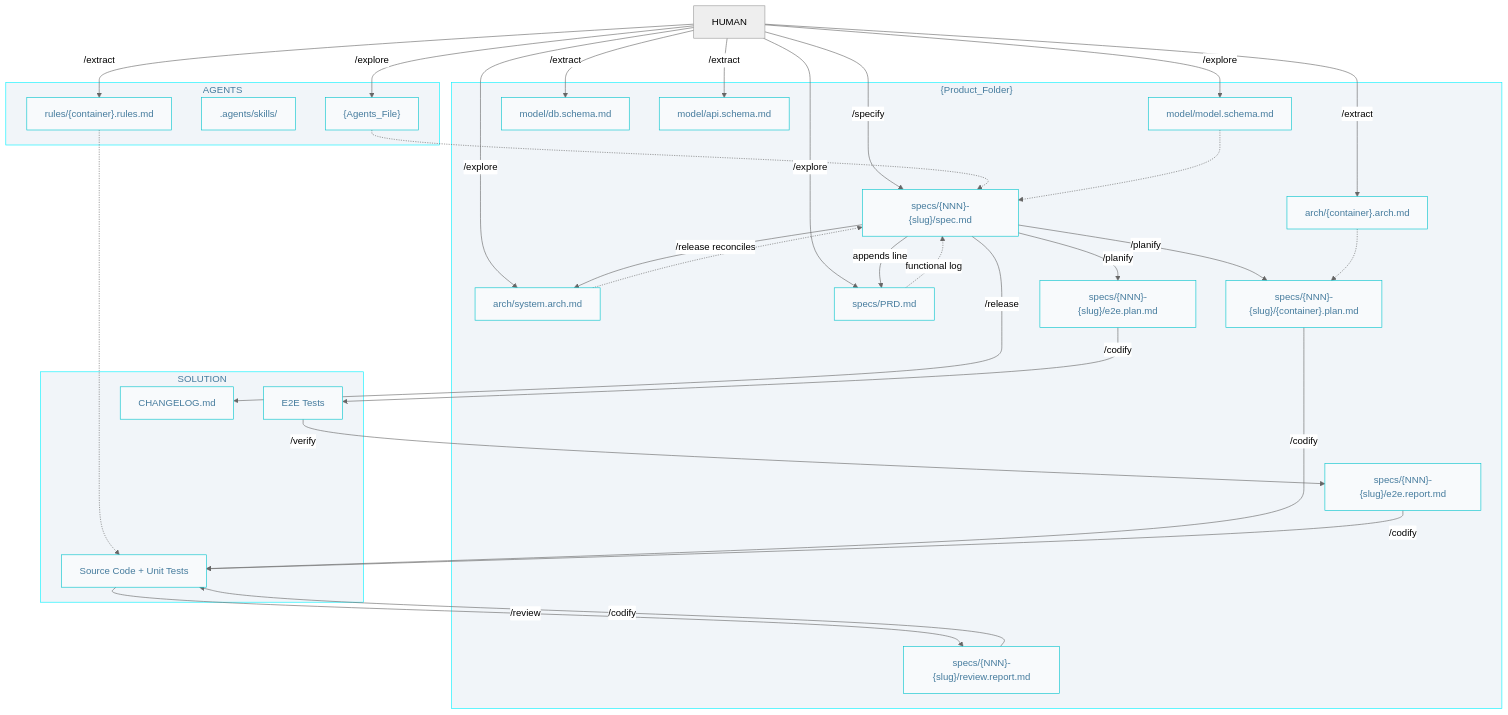
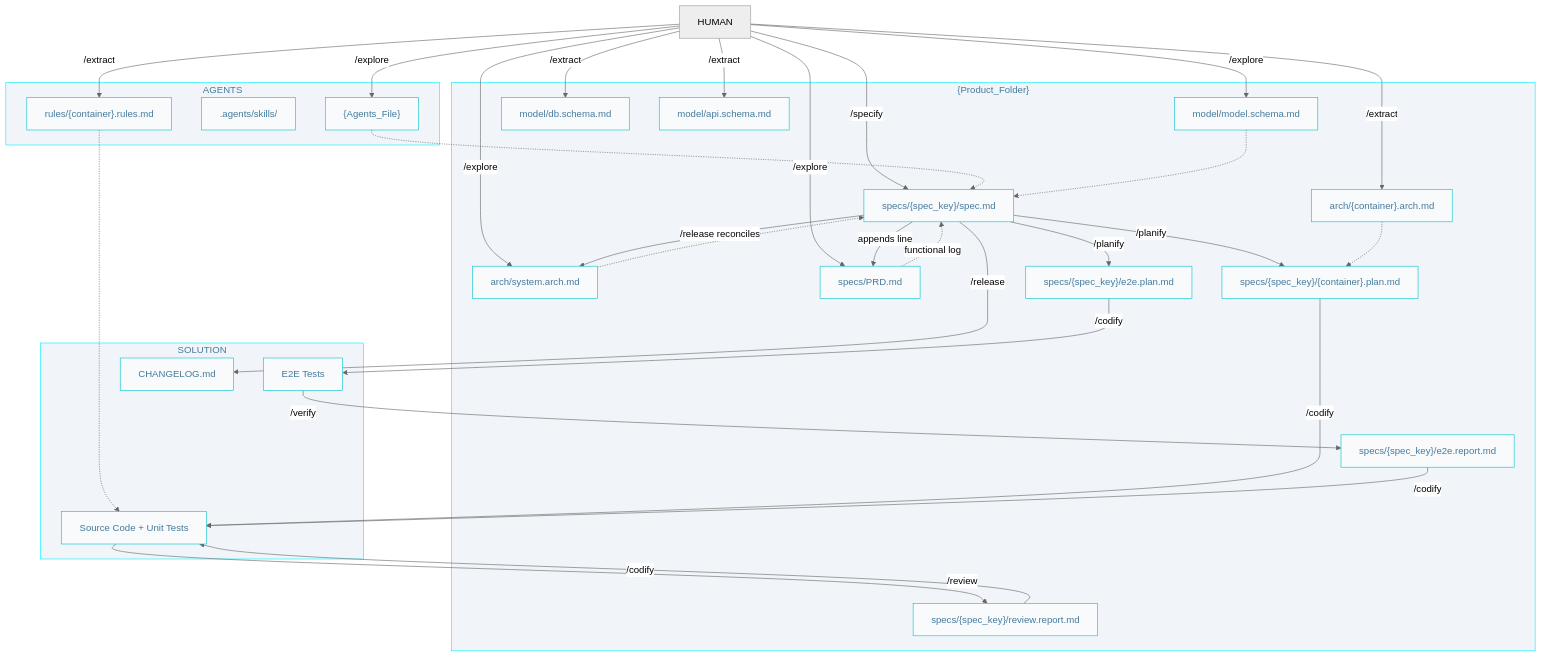
The eighth of 9 diagrams in docs/AIDD.workflow.md (AIDDbot/AIDDbot), drawn with Mermaid (neutral theme) before and after one commit. The commit also changed other lines of this file and 15 other files, not shown here.

````diff
--- a/docs/AIDD.workflow.md
+++ b/docs/AIDD.workflow.md
@@ -262,63 +262,63 @@
 ```mermaid
 flowchart TD
   classDef nd fill:#f8fafc,stroke:#00c4cc,color:#457b9d
   classDef sg fill:#f1f5f9,stroke:#00f2ff,color:#457b9d
 
   HUM[HUMAN]
 
   subgraph A["AGENTS"]
       AGT["{Agents_File}"]:::nd
       SKL[".agents/skills/"]:::nd
       RUL["rules/{container}.rules.md"]:::nd
   end
 
   subgraph P["{Product_Folder}"]
       ARC["arch/system.arch.md"]:::nd
       MOD["model/model.schema.md"]:::nd
       CAR["arch/{container}.arch.md"]:::nd
       DBS["model/db.schema.md"]:::nd
       API["model/api.schema.md"]:::nd
       PRD["specs/PRD.md"]:::nd
-      SPC["specs/{NNN}-{slug}/spec.md"]:::nd
-      PLN["specs/{NNN}-{slug}/{container}.plan.md"]:::nd
-      EPL["specs/{NNN}-{slug}/e2e.plan.md"]:::nd
-      RPT["specs/{NNN}-{slug}/e2e.report.md"]:::nd
-      RVR["specs/{NNN}-{slug}/review.report.md"]:::nd
+      SPC["specs/{spec_key}/spec.md"]:::nd
+      PLN["specs/{spec_key}/{container}.plan.md"]:::nd
+      EPL["specs/{spec_key}/e2e.plan.md"]:::nd
+      RPT["specs/{spec_key}/e2e.report.md"]:::nd
+      RVR["specs/{spec_key}/review.report.md"]:::nd
   end
 
   subgraph S["SOLUTION"]
       COD["Source Code + Unit Tests"]:::nd
       E2E["E2E Tests"]:::nd
       CHL["CHANGELOG.md"]:::nd
   end
 
   HUM -->|/explore| AGT
   HUM -->|/explore| ARC
   HUM -->|/explore| MOD
   HUM -->|/explore| PRD
   HUM -->|/extract| CAR
   HUM -->|/extract| DBS
   HUM -->|/extract| API
   HUM -->|/extract| RUL
   HUM -->|/specify| SPC
   SPC -->|appends line| PRD
   PRD -.functional log.-> SPC
   AGT -.-> SPC
   ARC -.-> SPC
   MOD -.-> SPC
   SPC -->|/planify| PLN
   SPC -->|/planify| EPL
   CAR -.-> PLN
 
   PLN -->|/codify| COD
   RUL -.-> COD
   EPL -->|/codify| E2E
   E2E -->|/verify| RPT
   RPT -->|/codify| COD
   COD -->|/review| RVR
   RVR -->|/codify| COD
   SPC -->|/release| CHL
   SPC -->|/release reconciles| ARC
 
   class P,A,S sg
 ```
````
